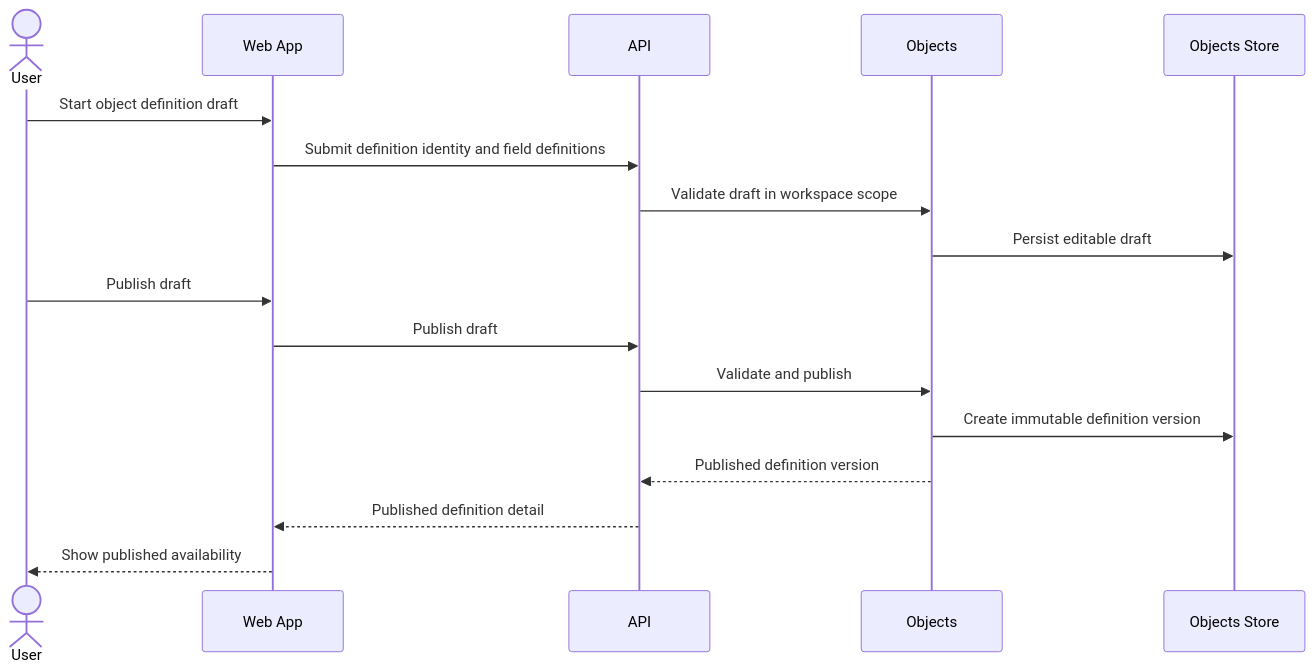
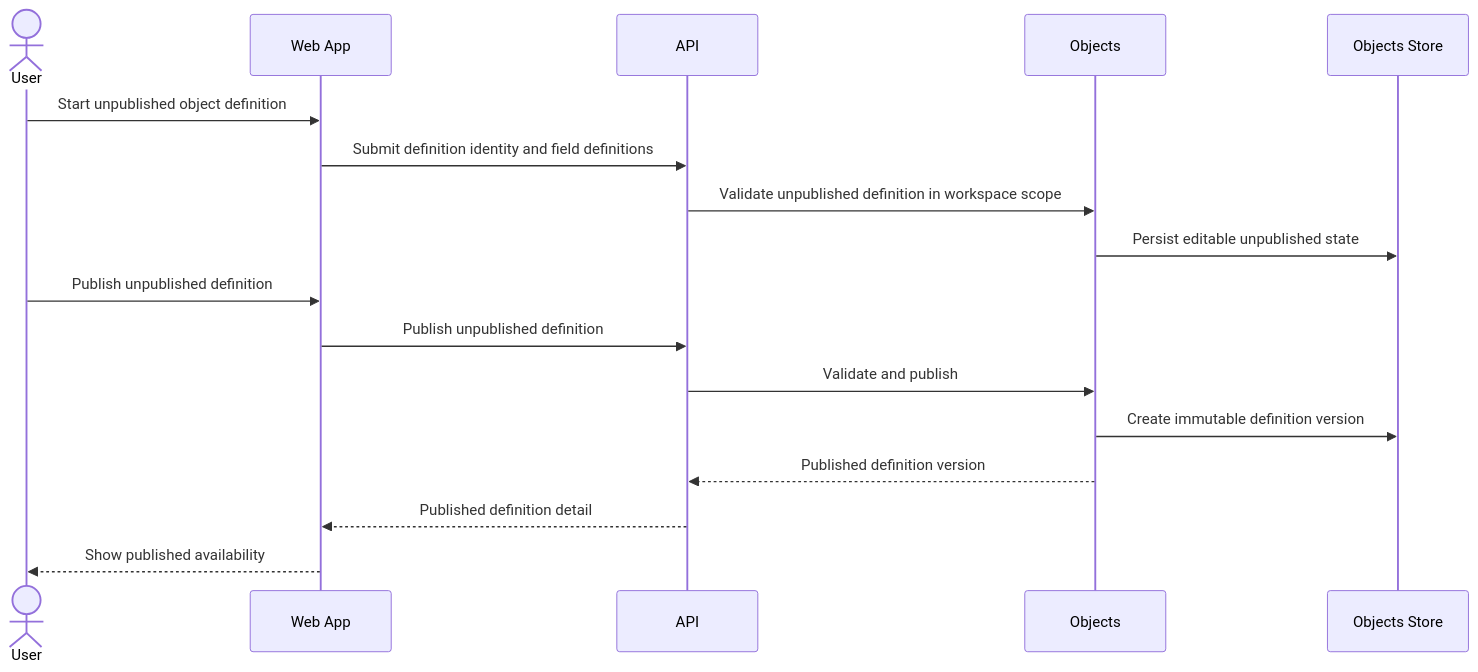
The diagram in docs/use-cases/objects/define-business-object.md (phuongnse/axis), drawn with Mermaid before and after one commit. The commit also changed other lines of this file and 51 other files, not shown here.

Commit message:
feat(objects): rename draft state and refine validation UI

````diff
--- a/docs/use-cases/objects/define-business-object.md
+++ b/docs/use-cases/objects/define-business-object.md
@@ -107,20 +107,20 @@
 ```mermaid
 sequenceDiagram
   actor User
   participant Web as Web App
   participant API as API
   participant Objects as Objects
   participant Store as Objects Store
 
-  User->>Web: Start object definition draft
+  User->>Web: Start unpublished object definition
   Web->>API: Submit definition identity and field definitions
-  API->>Objects: Validate draft in workspace scope
-  Objects->>Store: Persist editable draft
-  User->>Web: Publish draft
-  Web->>API: Publish draft
+  API->>Objects: Validate unpublished definition in workspace scope
+  Objects->>Store: Persist editable unpublished state
+  User->>Web: Publish unpublished definition
+  Web->>API: Publish unpublished definition
   API->>Objects: Validate and publish
   Objects->>Store: Create immutable definition version
   Objects-->>API: Published definition version
   API-->>Web: Published definition detail
   Web-->>User: Show published availability
 ```
````
